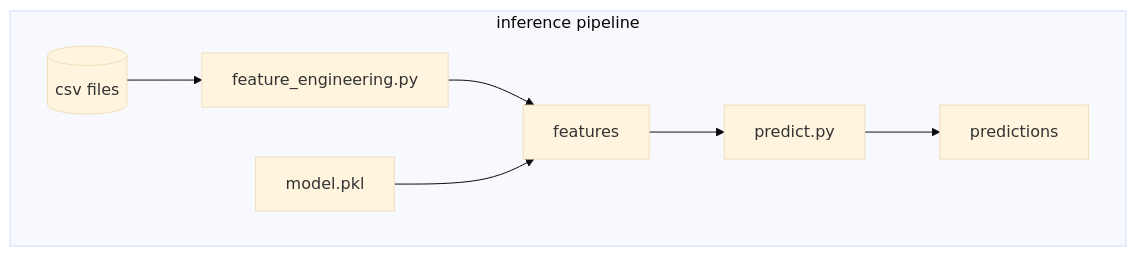
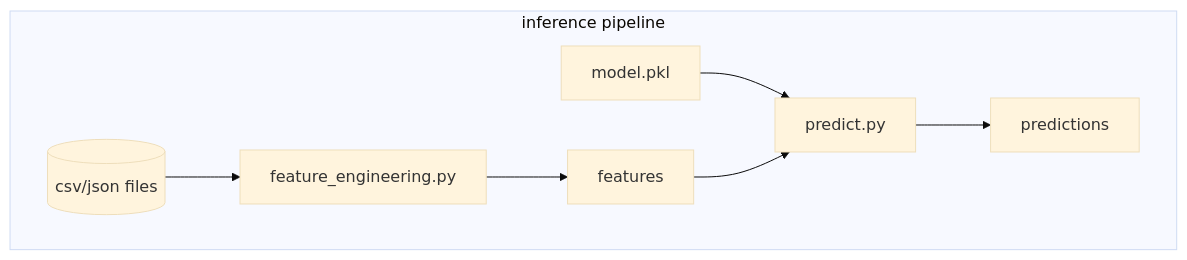
The second of 2 diagrams in readme.md (AbeRodz/Machine-learning-II), drawn with Mermaid (base theme) before and after one commit. The commit also changed other lines of this file and 7 other files, not shown here.

````diff
--- a/readme.md
+++ b/readme.md
@@ -19,8 +19,8 @@
 ``` mermaid
 flowchart 
    subgraph inference pipeline
-   data[(csv files)]  --> feature_engineering.py --> features
-   model.pkl --> features
+   data[(csv/json files)]  --> feature_engineering.py --> features
+   model.pkl --> predict.py 
    features --> predict.py --> predictions
    end
 ```
````
